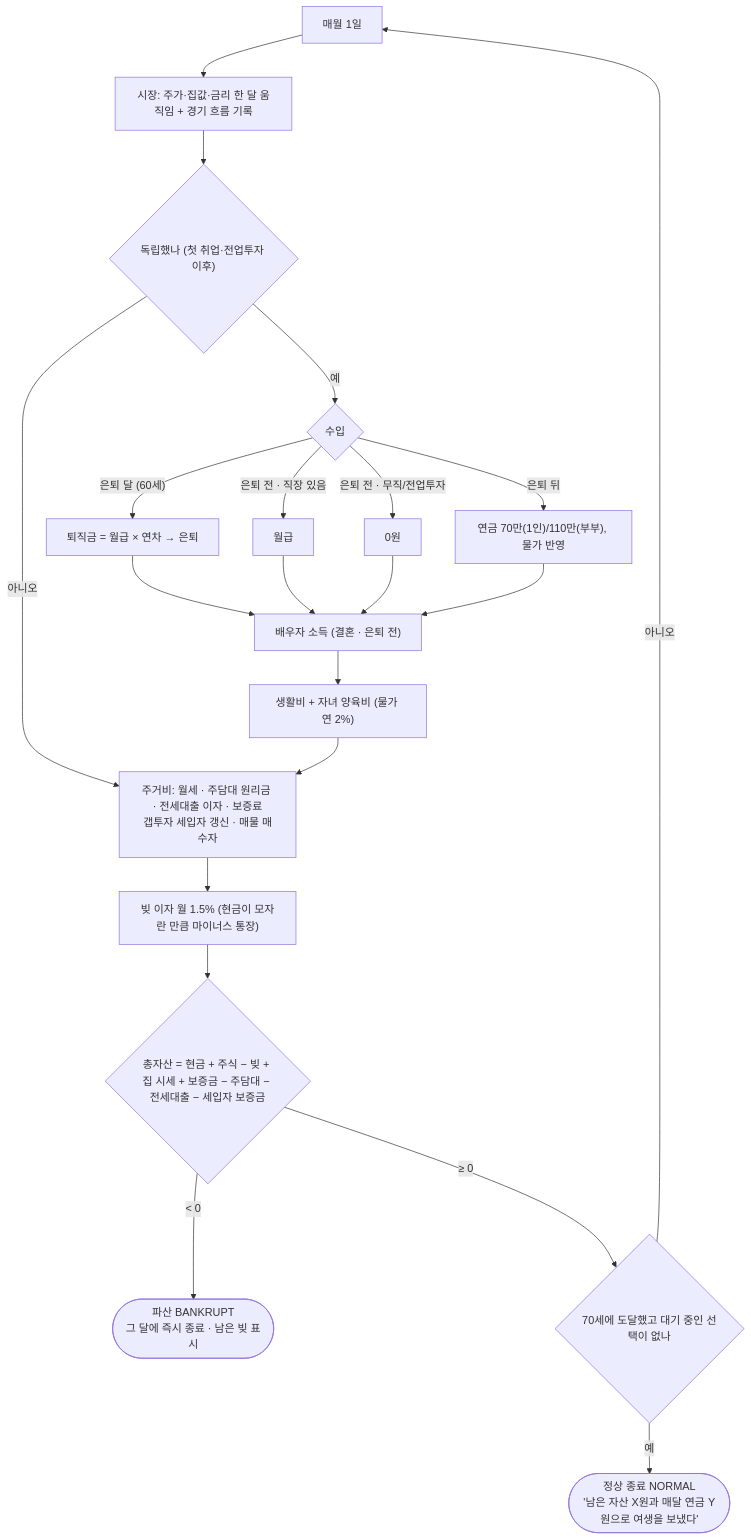
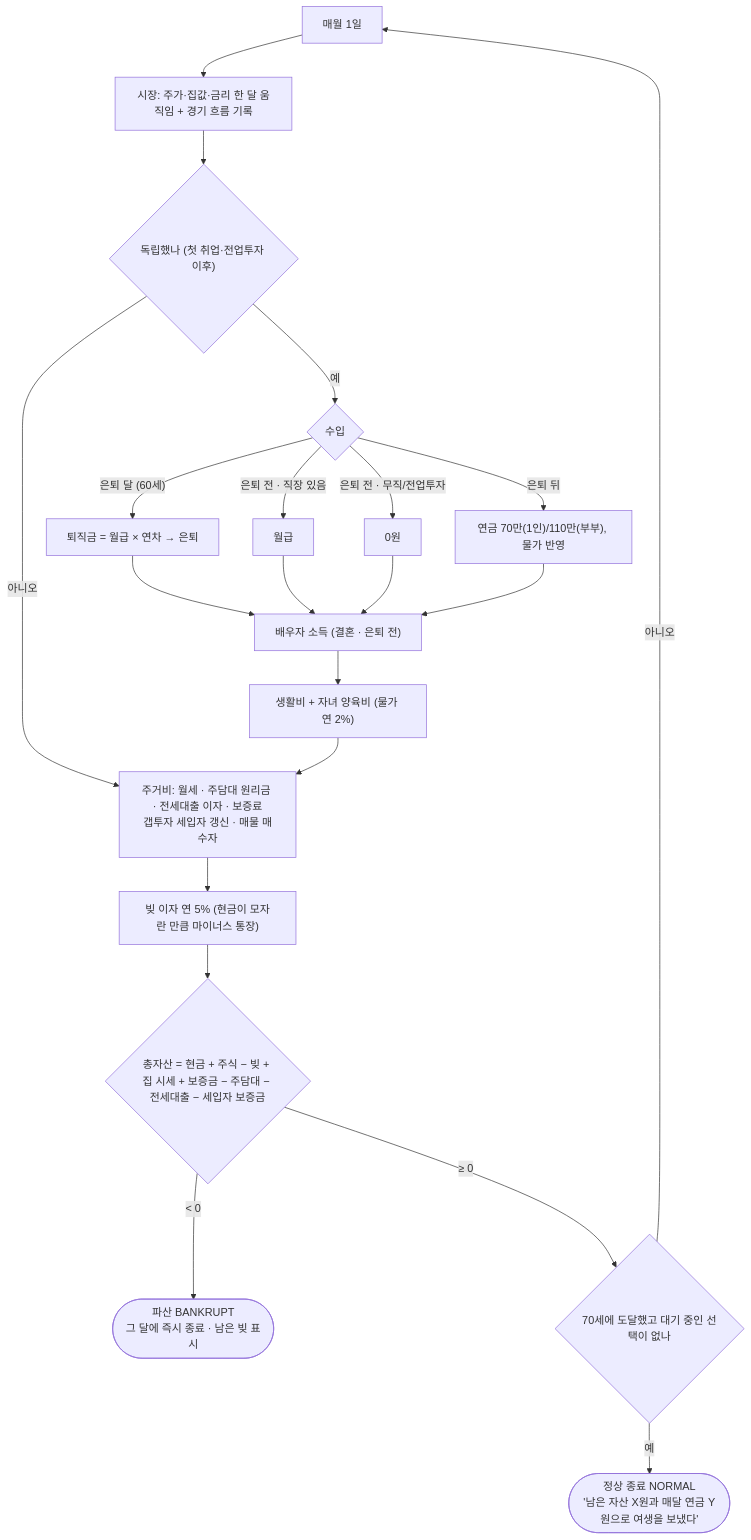
One commit to Kyunglock/Investor-game changed diagram 16 of 19 in docs/scenarios.md. Above: the diagram before and after it, drawn with Mermaid. The commit also changed other lines of this file and 8 other files, not shown here.

````diff
--- a/docs/scenarios.md
+++ b/docs/scenarios.md
@@ -498,23 +498,23 @@
 ```mermaid
 flowchart TD
     D["매월 1일"] --> MK["시장: 주가·집값·금리 한 달 움직임 + 경기 흐름 기록"]
     MK --> IND{"독립했나 (첫 취업·전업투자 이후)"}
     IND -->|"아니오"| HS
     IND -->|"예"| INC{"수입"}
     INC -->|"은퇴 달 (60세)"| SEV["퇴직금 = 월급 × 연차 → 은퇴"]
     INC -->|"은퇴 전 · 직장 있음"| SAL["월급"]
     INC -->|"은퇴 전 · 무직/전업투자"| NOI["0원"]
     INC -->|"은퇴 뒤"| PEN["연금 70만(1인)/110만(부부), 물가 반영"]
     SEV --> SP
     SAL --> SP
     NOI --> SP
     PEN --> SP
     SP["배우자 소득 (결혼 · 은퇴 전)"] --> EX["생활비 + 자녀 양육비 (물가 연 2%)"]
     EX --> HS["주거비: 월세 · 주담대 원리금 · 전세대출 이자 · 보증료<br/>갭투자 세입자 갱신 · 매물 매수자"]
-    HS --> IT["빚 이자 월 1.5% (현금이 모자란 만큼 마이너스 통장)"]
+    HS --> IT["빚 이자 연 5% (현금이 모자란 만큼 마이너스 통장)"]
     IT --> NW{"총자산 = 현금 + 주식 − 빚 + 집 시세 + 보증금 − 주담대 − 전세대출 − 세입자 보증금"}
     NW -->|"< 0"| BK(["파산 BANKRUPT<br/>그 달에 즉시 종료 · 남은 빚 표시"])
     NW -->|"≥ 0"| AGE{"70세에 도달했고 대기 중인 선택이 없나"}
     AGE -->|"예"| END(["정상 종료 NORMAL<br/>'남은 자산 X원과 매달 연금 Y원으로 여생을 보냈다'"])
     AGE -->|"아니오"| D
 ```
````
